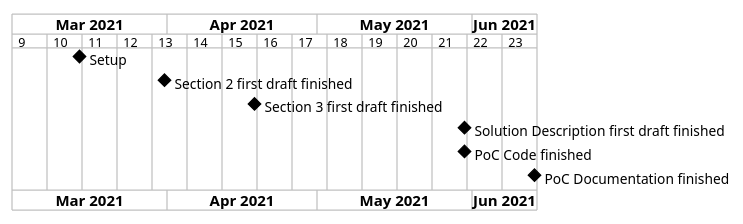
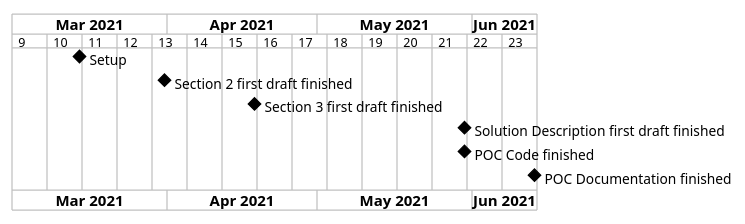
One commit to buehler/mse-project-thesis-1 changed the diagram in diagrams/project-plan.puml. Above: the diagram before and after it, drawn with PlantUML. The commit also changed 28 other files, not shown here.

```diff
--- a/diagrams/project-plan.puml
+++ b/diagrams/project-plan.puml
@@ -1,12 +1,14 @@
 @startgantt
+skinparam backgroundcolor transparent
+
 printscale weekly
 project starts on 2021-03-01
 
 [Setup] happens 2021-03-14
 [Section 2 first draft finished] happens 2021-03-31
 [Section 3 first draft finished] happens 2021-04-18
 [Solution Description first draft finished] happens 2021-05-30
-[PoC Code finished] happens 2021-05-30
-[PoC Documentation finished] happens 2021-06-13
+[POC Code finished] happens 2021-05-30
+[POC Documentation finished] happens 2021-06-13
 
 @endgantt
```
